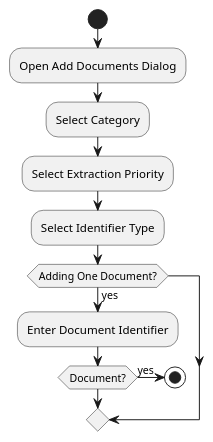
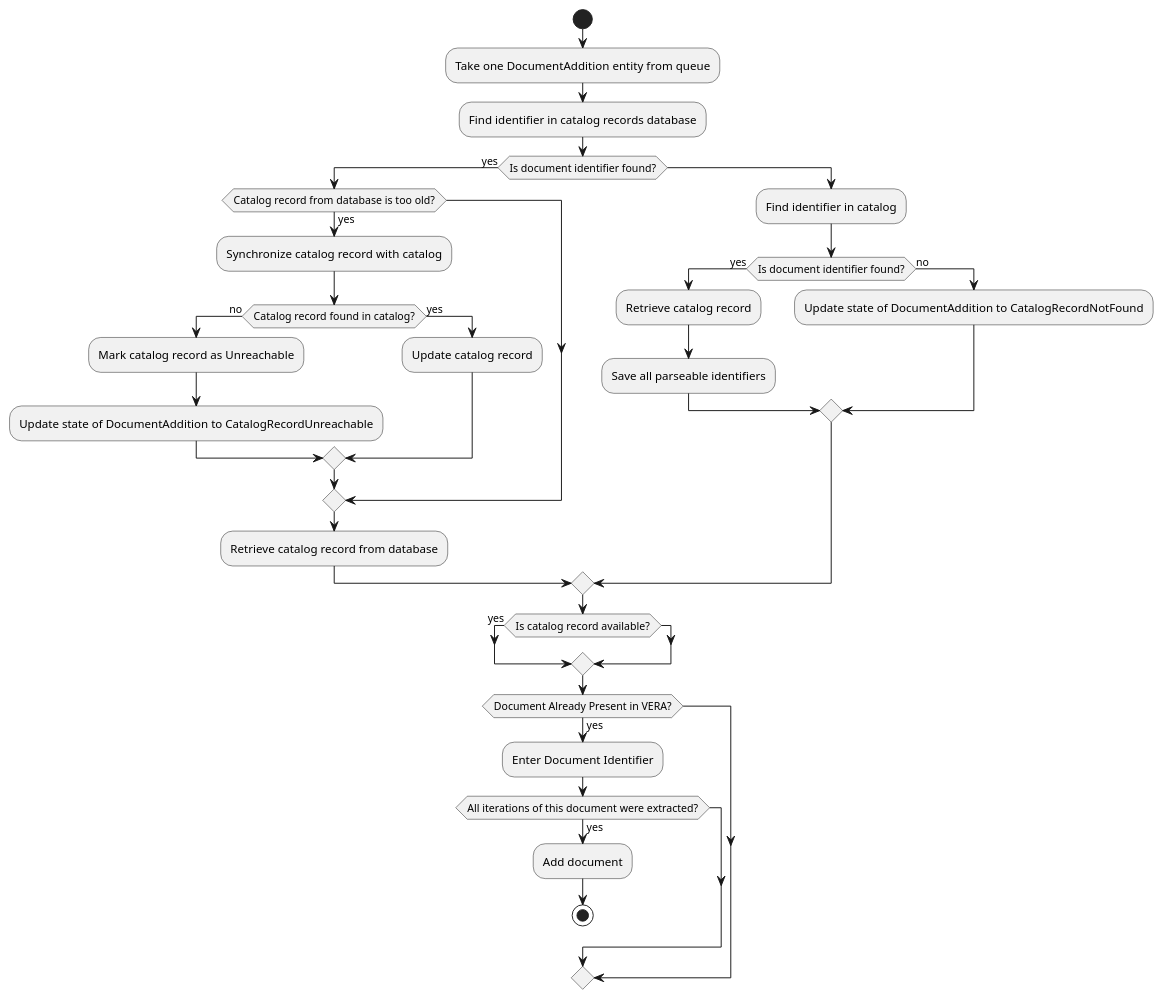
Before and after one commit to moravianlibrary/vera: the diagram in docs/development/activity.puml, drawn with PlantUML.

Commit message:
chore(docs): update documents activity diagram

```diff
--- a/docs/development/activity.puml
+++ b/docs/development/activity.puml
@@ -1,41 +1,63 @@
 @startuml VERA - Add Documents Activity Diagram
 
 |#pink|User|
 start
 
-:Open Add Documents Dialog;
-:Select Category;
-:Select Extraction Priority;
-:Select Identifier Type;
+:Take one DocumentAddition entity from queue;
 
-if (Adding One Document?) then (yes)
+:Find identifier in catalog records database;
+if (Is document identifier found?) then (yes)
+    if (Catalog record from database is too old?) then (yes)
+        :Synchronize catalog record with catalog;
+        if (Catalog record found in catalog?) then (no)
+            :Mark catalog record as Unreachable;
+            :Update state of DocumentAddition to CatalogRecordUnreachable;
+        else (yes)
+            :Update catalog record;
+        endif
+    endif
+    :Retrieve catalog record from database;
+else
+    :Find identifier in catalog;
+    if (Is document identifier found?) then (yes)
+        :Retrieve catalog record;
+        :Save all parseable identifiers;
+    else (no)
+        :Update state of DocumentAddition to CatalogRecordNotFound;
+    endif
+endif
+
+if (Is catalog record available?) then (yes)
+    
+endif
+
+if (Document Already Present in VERA?) then (yes)
     :Enter Document Identifier;
-    if (Document?) then (yes)
-'     |#lightgreen|Curator: Add document for digitalization;
-'     :Add document for digitalization;
+    if (All iterations of this document were extracted?) then (yes)
+        :Add document;
 '   else (no)
 '     |#lightgray|Curator: Cancel digitalization proposal;
 '     :Cancel digitalization proposal;
 '   endif
 ' else (no)
 '   #pink:User: Browse processed documents;
 '   :Browse processed documents;
 ' endif
 ' |#lightblue|DocumentsManager|
 ' :Manage digitization process;
 ' if (Document declined?) then (yes)
 '   |#lightblue|DocumentsManager: Decline proposal;
 '   :Decline digitization proposal;
 ' else (no)
 '   |#lightblue|DocumentsManager: Add already digitized document;
 '   :Add already digitized document;
 ' endif
 ' |#lightgray|User|
 ' if (Document found?) then (yes)
 '   :View document details;
 ' else (no)
 '   :Cancel search;
 ' endif
 stop
 
 @enduml
```
